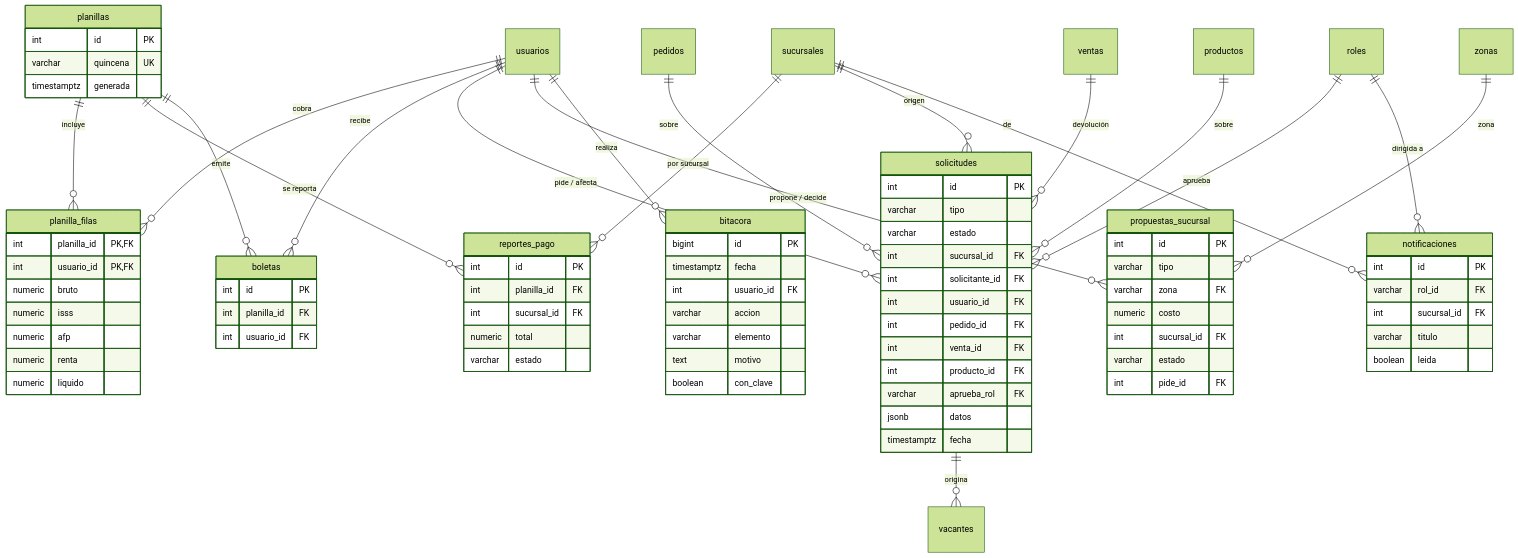
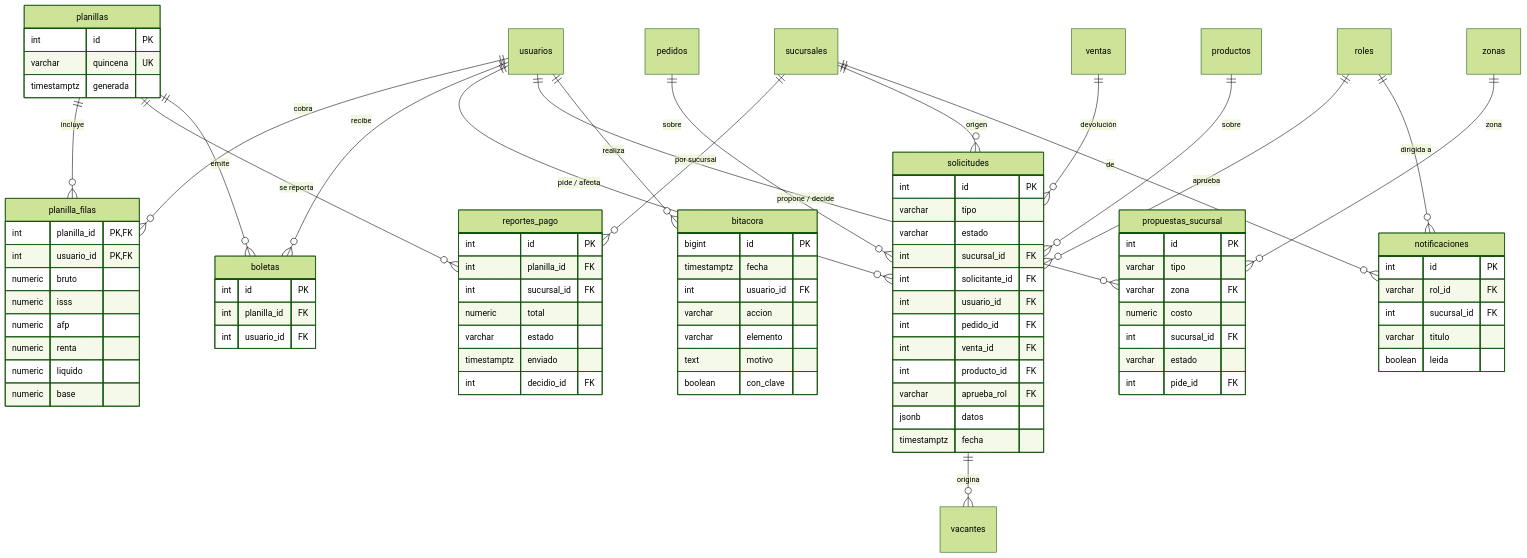
One commit to Angel4091/Origenessv changed the fifth of 5 diagrams in database/diagrama-er.md. Above: the diagram before and after it, drawn with Mermaid (forest theme). The commit also changed other lines of this file and 7 other files, not shown here.

First line of the commit message:
README, diagrama ER y restablecimiento seguro de la demo

```diff
--- a/database/diagrama-er.md
+++ b/database/diagrama-er.md
@@ -470,6 +509,7 @@
         numeric afp
         numeric renta
         numeric liquido
+        numeric base
     }
     reportes_pago {
         int id PK
@@ -477,6 +517,8 @@
         int sucursal_id FK
         numeric total
         varchar estado
+        timestamptz enviado
+        int decidio_id FK
     }
     boletas {
         int id PK
```
